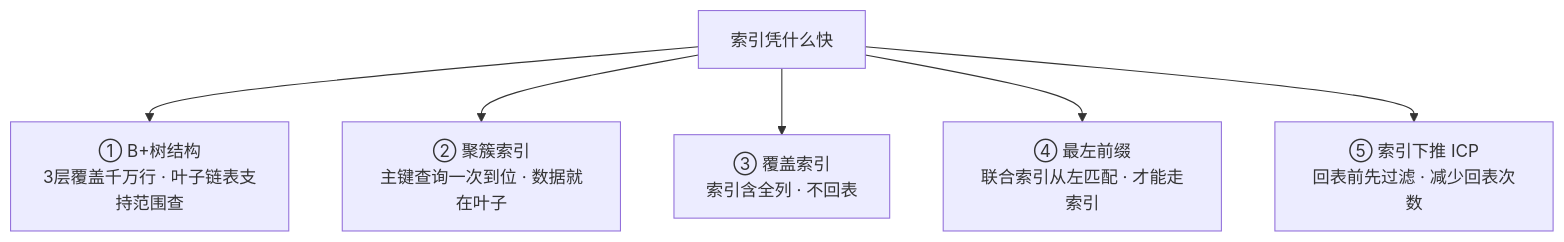
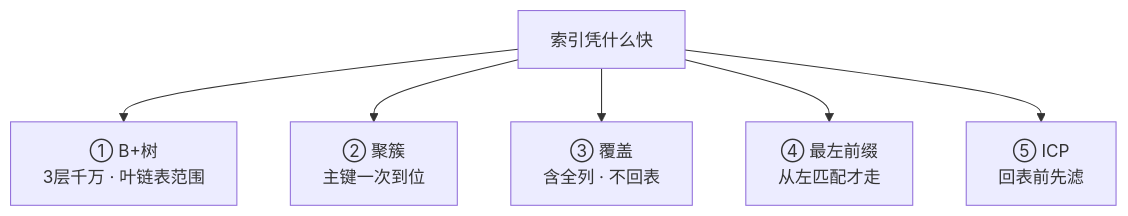
Before and after one commit to ml-cuizijun/LearnToLilith: the eighth of 9 diagrams in 02-中间件与数据库/01-MySQL/02-索引与执行计划/知识点.md, drawn with Mermaid. The commit also changed other lines of this file and 178 other files, not shown here.

````diff
--- a/02-中间件与数据库/01-MySQL/02-索引与执行计划/知识点.md
+++ b/02-中间件与数据库/01-MySQL/02-索引与执行计划/知识点.md
@@ -322,8 +315,8 @@
 ```mermaid
 flowchart TB
-    FAST["索引凭什么快"] --> G1["① B+树结构<br/>3层覆盖千万行 · 叶子链表支持范围查"]
-    FAST --> G2["② 聚簇索引<br/>主键查询一次到位 · 数据就在叶子"]
-    FAST --> G3["③ 覆盖索引<br/>索引含全列 · 不回表"]
-    FAST --> G4["④ 最左前缀<br/>联合索引从左匹配 · 才能走索引"]
-    FAST --> G5["⑤ 索引下推 ICP<br/>回表前先过滤 · 减少回表次数"]
+    FAST["索引凭什么快"] --> G1["① B+树<br/>3层千万 · 叶链表范围"]
+    FAST --> G2["② 聚簇<br/>主键一次到位"]
+    FAST --> G3["③ 覆盖<br/>含全列 · 不回表"]
+    FAST --> G4["④ 最左前缀<br/>从左匹配才走"]
+    FAST --> G5["⑤ ICP<br/>回表前先滤"]
 ```
````
